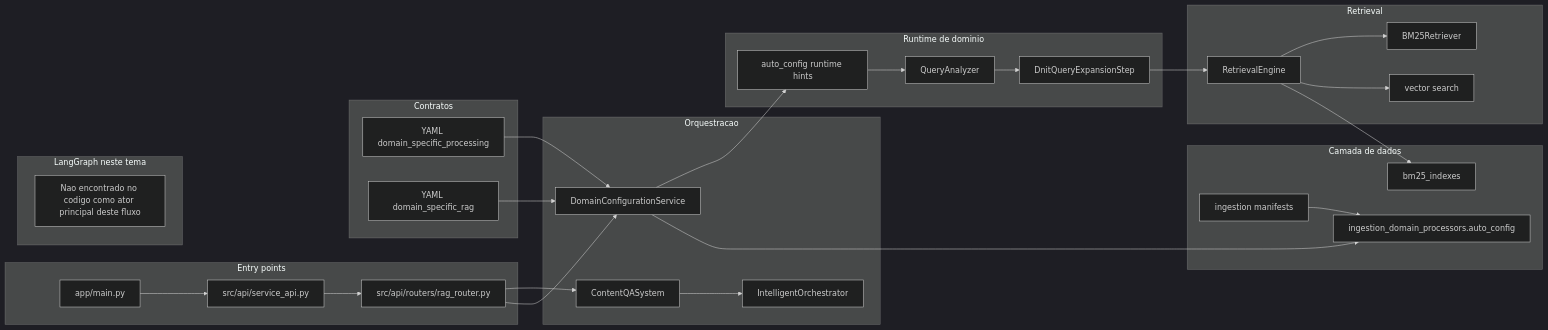
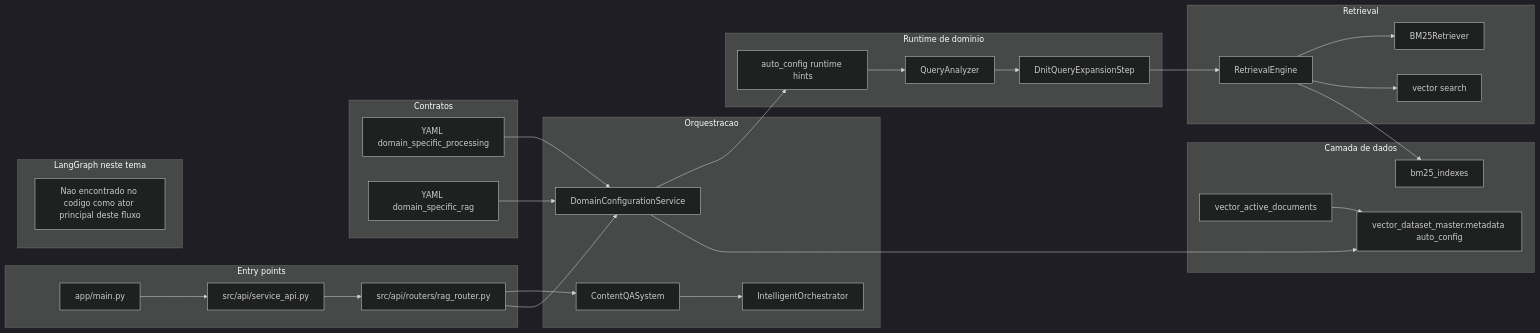
The diagram in assets/diagrams/docs-tutorial-101-bm25-vs-auto-config-dnit-diagrama-03.mmd (mrctito/plataforma_agentes_negocio_docs), drawn with Mermaid (dark theme) before and after one commit. The commit also changed 60 other files, not shown here.

```diff
--- a/assets/diagrams/docs-tutorial-101-bm25-vs-auto-config-dnit-diagrama-03.mmd
+++ b/assets/diagrams/docs-tutorial-101-bm25-vs-auto-config-dnit-diagrama-03.mmd
@@ -1,50 +1,50 @@
 flowchart LR
     subgraph Entry["Entry points"]
         A1["app/main.py"]
         A2["src/api/service_api.py"]
         A3["src/api/routers/rag_router.py"]
     end
 
     subgraph Orchestration["Orquestracao"]
         B1["ContentQASystem"]
         B2["IntelligentOrchestrator"]
         B3["DomainConfigurationService"]
     end
 
     subgraph Runtime["Runtime de dominio"]
         C1["auto_config runtime hints"]
         C2["QueryAnalyzer"]
         C3["DnitQueryExpansionStep"]
     end
 
     subgraph Retrieval["Retrieval"]
         D1["RetrievalEngine"]
         D2["BM25Retriever"]
         D3["vector search"]
     end
 
     subgraph Data["Camada de dados"]
         E1["bm25_indexes"]
-        E2["ingestion_domain_processors.auto_config"]
-        E3["ingestion manifests"]
+        E2["vector_dataset_master.metadata auto_config"]
+        E3["vector_active_documents"]
     end
 
     subgraph Contracts["Contratos"]
         F1["YAML domain_specific_processing"]
         F2["YAML domain_specific_rag"]
     end
 
     subgraph Graphs["LangGraph neste tema"]
         G1["Nao encontrado no codigo como ator principal deste fluxo"]
     end
 
     A1 --> A2 --> A3 --> B1 --> B2
     A3 --> B3
     B3 --> C1 --> C2 --> C3 --> D1
     D1 --> D2
     D1 --> D3
     D1 --> E1
     B3 --> E2
     E3 --> E2
     F1 --> B3
     F2 --> B3
```
